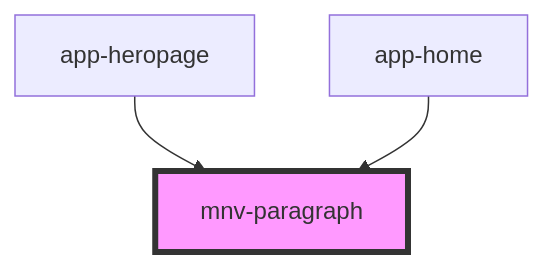
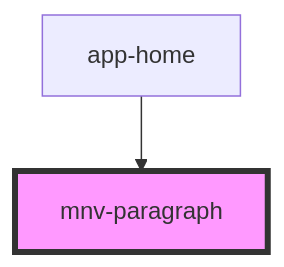
Before and after one commit to rafaela-vairo/ufrj-sustainable: the diagram in src/components/mnv-paragraph/readme.md, drawn with Mermaid. The commit also changed other lines of this file and 15 other files, not shown here.

````diff
--- a/src/components/mnv-paragraph/readme.md
+++ b/src/components/mnv-paragraph/readme.md
@@ -24,6 +23,5 @@
 ```mermaid
 graph TD;
-  app-heropage --> mnv-paragraph
   app-home --> mnv-paragraph
   style mnv-paragraph fill:#f9f,stroke:#333,stroke-width:4px
 ```
````
